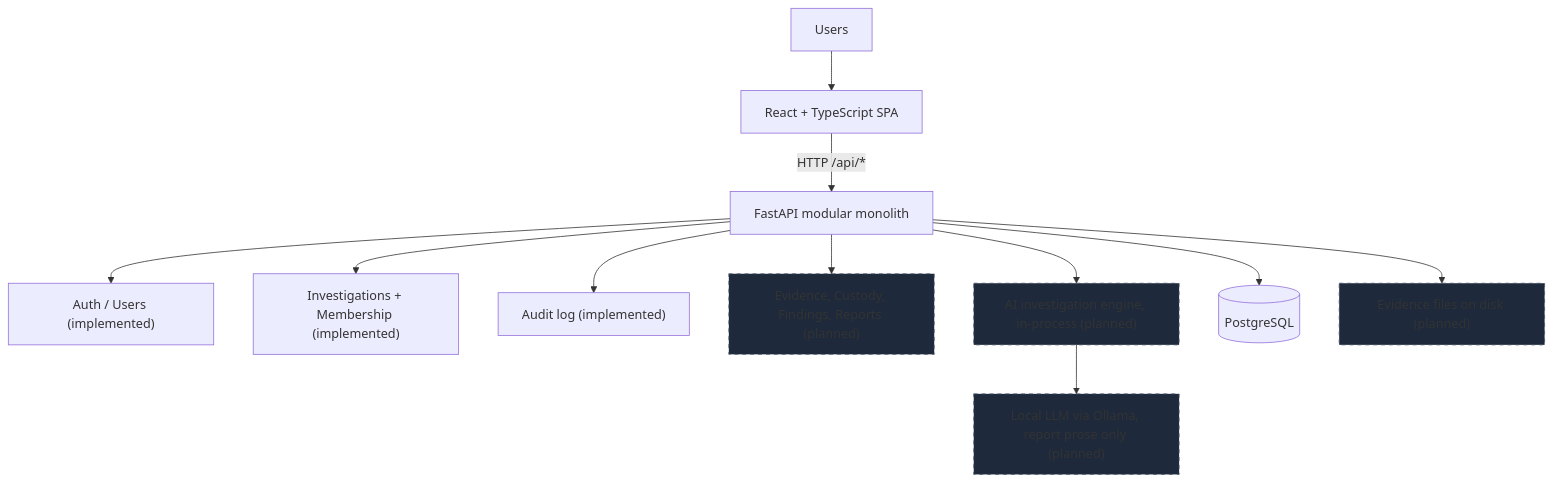
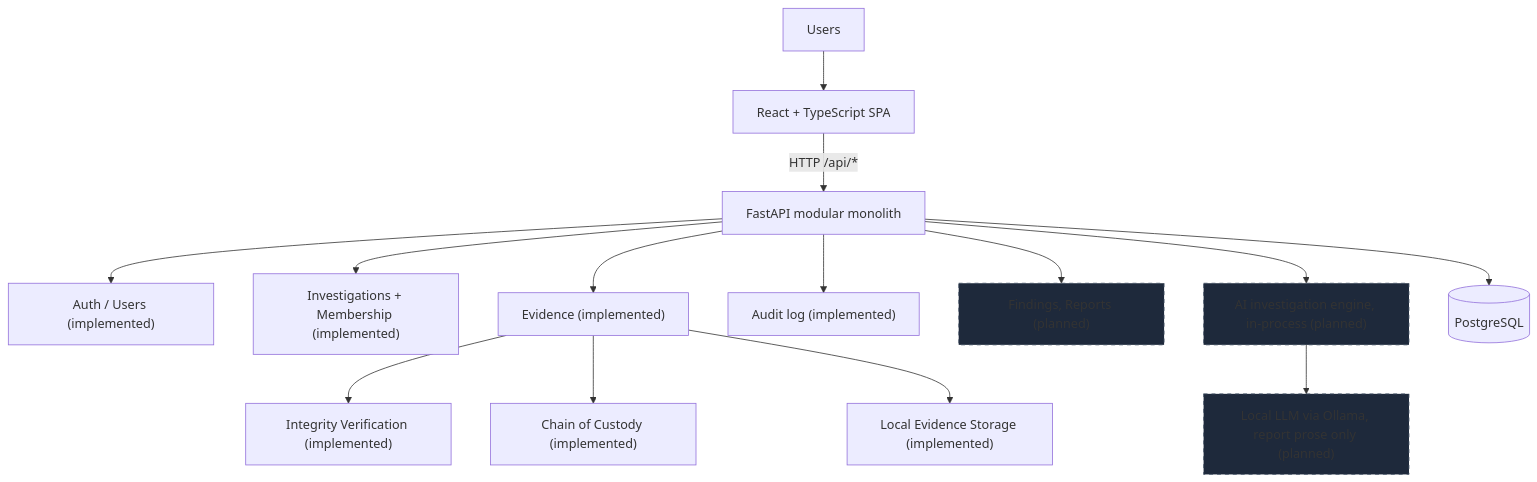
Before and after one commit to shikhar-sahay/provena: the first of 2 diagrams in docs/architecture.md, drawn with Mermaid. The commit also changed other lines of this file and 5 other files, not shown here.

Commit message:
docs: document Provena evidence and AI architecture

````diff
--- a/docs/architecture.md
+++ b/docs/architecture.md
@@ -9,17 +9,19 @@
 ```mermaid
 flowchart TB
     Users --> SPA["React + TypeScript SPA"]
     SPA -->|"HTTP /api/*"| API["FastAPI modular monolith"]
     API --> Auth["Auth / Users (implemented)"]
     API --> Inv["Investigations + Membership (implemented)"]
+    API --> Ev["Evidence (implemented)"]
+    Ev --> Integ["Integrity Verification (implemented)"]
+    Ev --> Cust["Chain of Custody (implemented)"]
+    Ev --> Store["Local Evidence Storage (implemented)"]
     API --> Audit["Audit log (implemented)"]
-    API --> PlannedBE["Evidence, Custody, Findings, Reports (planned)"]
+    API --> PlannedBE["Findings, Reports (planned)"]
     API --> AI["AI investigation engine, in-process (planned)"]
     AI --> LLM["Local LLM via Ollama, report prose only (planned)"]
     API --> PG[("PostgreSQL")]
-    API --> Files["Evidence files on disk (planned)"]
     style PlannedBE fill:#1e293b,stroke:#475569,stroke-dasharray: 5 5
     style AI fill:#1e293b,stroke:#475569,stroke-dasharray: 5 5
     style LLM fill:#1e293b,stroke:#475569,stroke-dasharray: 5 5
-    style Files fill:#1e293b,stroke:#475569,stroke-dasharray: 5 5
 ```
````
